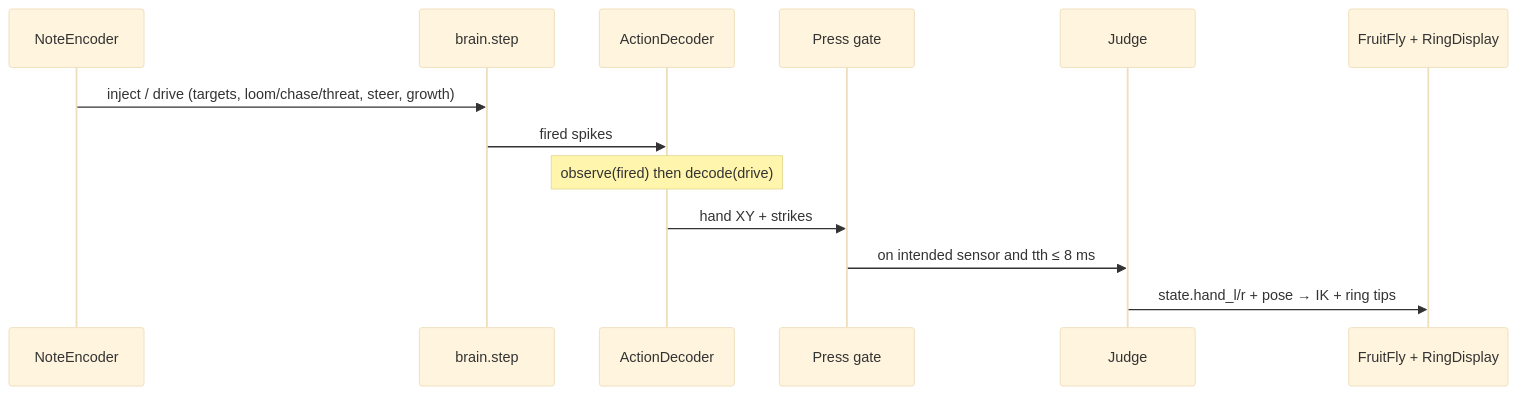
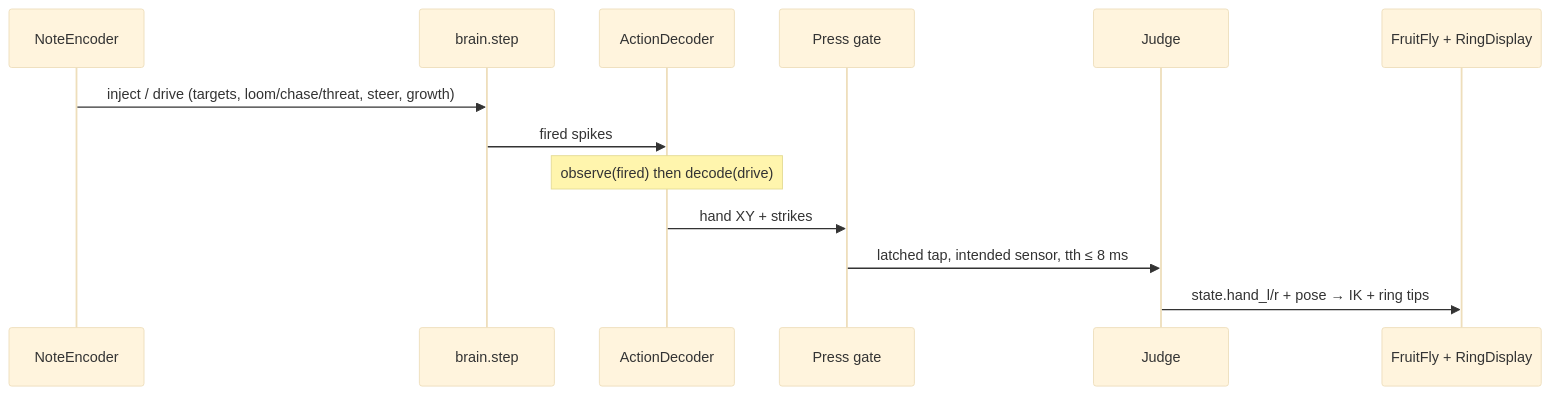
One commit to kangwijen/fly-rg changed the sixth of 6 diagrams in README.md. Above: the diagram before and after it, drawn with Mermaid (base theme). The commit also changed other lines of this file and 2 other files, not shown here.

````diff
--- a/README.md
+++ b/README.md
@@ -233,16 +236,16 @@
 ```mermaid
 sequenceDiagram
   participant Enc as NoteEncoder
   participant Brain as brain.step
   participant Dec as ActionDecoder
   participant Gate as Press gate
   participant Judge as Judge
   participant UI as FruitFly + RingDisplay
 
   Enc->>Brain: inject / drive (targets, loom/chase/threat, steer, growth)
   Brain->>Dec: fired spikes
   Note over Dec: observe(fired) then decode(drive)
   Dec->>Gate: hand XY + strikes
-  Gate->>Judge: on intended sensor and tth ≤ 8 ms
+  Gate->>Judge: latched tap, intended sensor, tth ≤ 8 ms
   Judge->>UI: state.hand_l/r + pose → IK + ring tips
 ```
````
